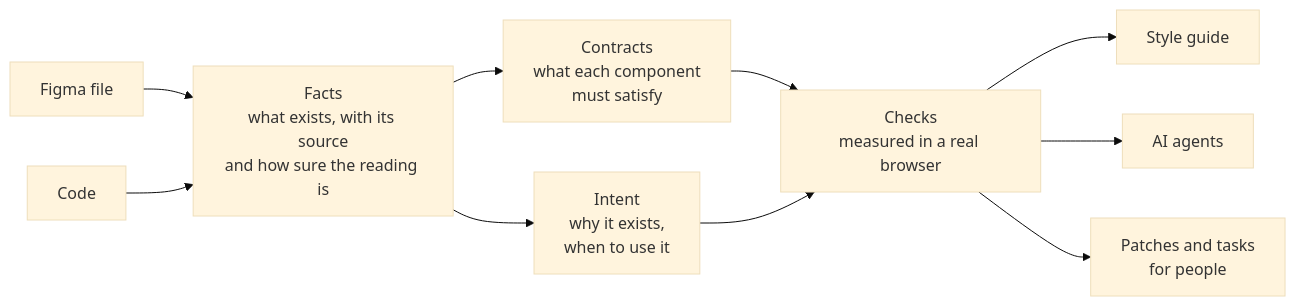
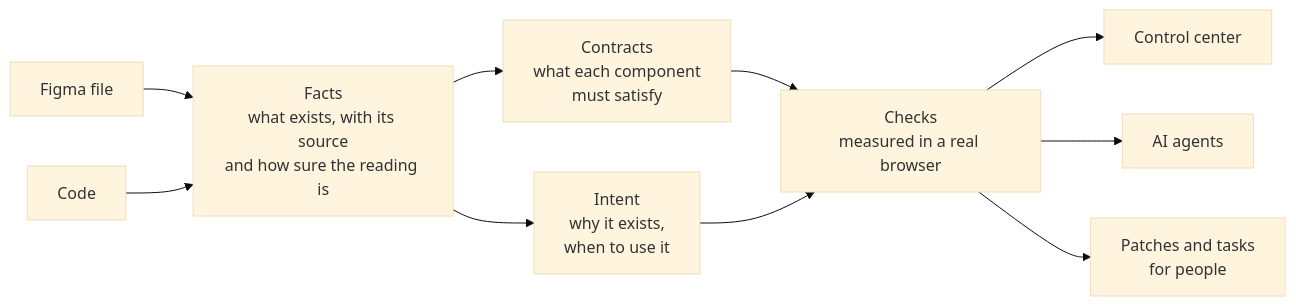
Before and after one commit to rafaelmatosdasilva/rms-design-system-engine: the diagram in docs/README.md, drawn with Mermaid (base theme). The commit also changed other lines of this file and 35 other files, not shown here.

First line of the commit message:
The style guide is the control center the page already called itself (#710)

````diff
--- a/docs/README.md
+++ b/docs/README.md
@@ -20,12 +20,12 @@
 ```mermaid
 flowchart LR
   F[Figma file] --> R
   C[Code] --> R
   R["Facts<br/>what exists, with its source<br/>and how sure the reading is"] --> K["Contracts<br/>what each component<br/>must satisfy"]
   R --> I["Intent<br/>why it exists,<br/>when to use it"]
   K --> V["Checks<br/>measured in a real browser"]
   I --> V
-  V --> S[Style guide]
+  V --> S[Control center]
   V --> A[AI agents]
   V --> P["Patches and tasks<br/>for people"]
 ```
````
